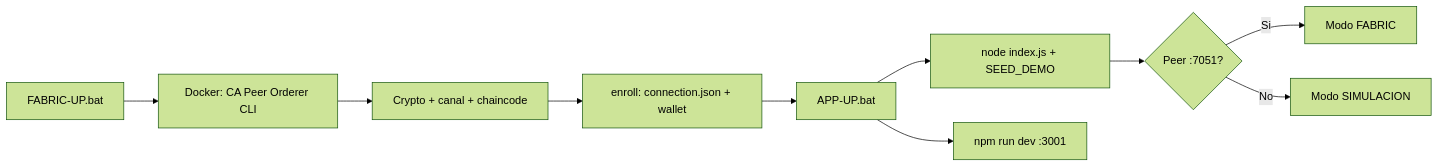
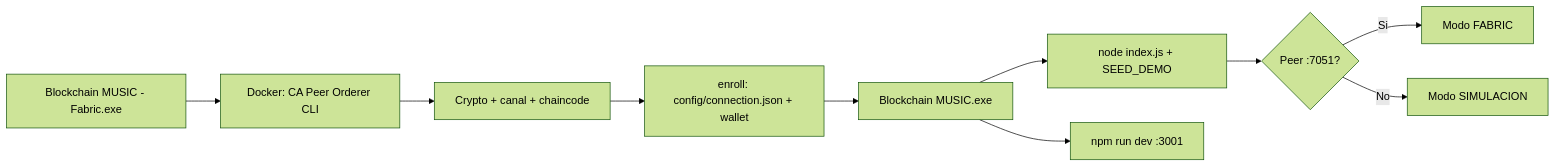
One commit to Mianjoy/Blockchain-Musical- changed the fifth of 5 diagrams in README.md. Above: the diagram before and after it, drawn with Mermaid (forest theme). The commit also changed other lines of this file and 45 other files, not shown here.

````diff
--- a/README.md
+++ b/README.md
@@ -168,12 +168,12 @@
 ```mermaid
 flowchart LR
-  A["FABRIC-UP.bat"] --> D["Docker: CA Peer Orderer CLI"]
+  A["Blockchain MUSIC - Fabric.exe"] --> D["Docker: CA Peer Orderer CLI"]
   D --> C["Crypto + canal + chaincode"]
-  C --> E["enroll: connection.json + wallet"]
-  E --> B["APP-UP.bat"]
+  C --> E["enroll: config/connection.json + wallet"]
+  E --> B["Blockchain MUSIC.exe"]
   B --> API["node index.js + SEED_DEMO"]
   B --> UI["npm run dev :3001"]
   API --> H{"Peer :7051?"}
   H -->|Si| F["Modo FABRIC"]
   H -->|No| S["Modo SIMULACION"]
 ```
````
